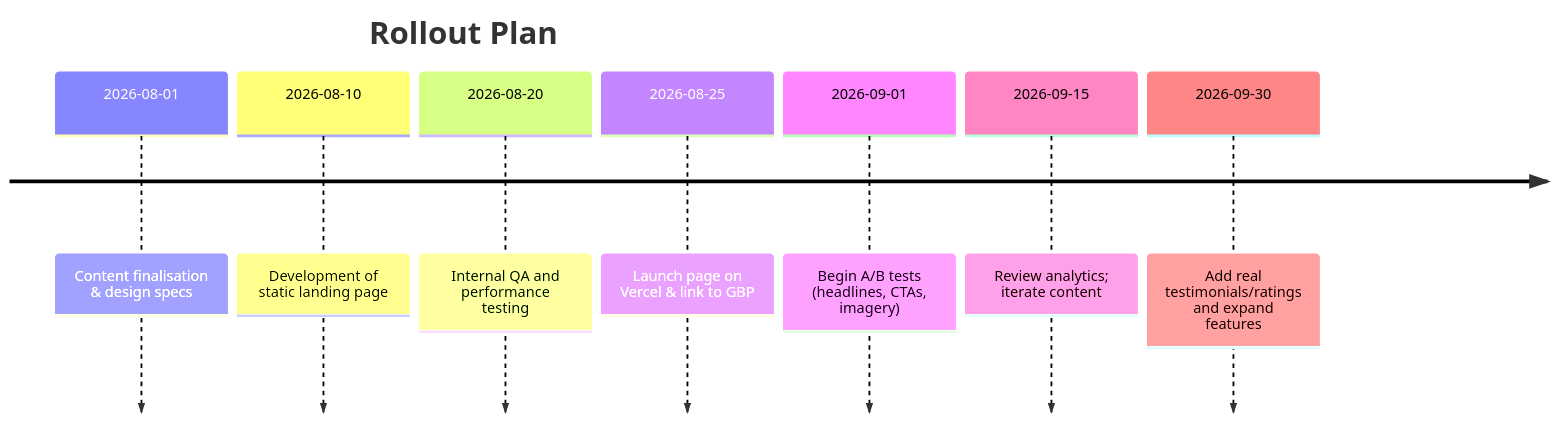
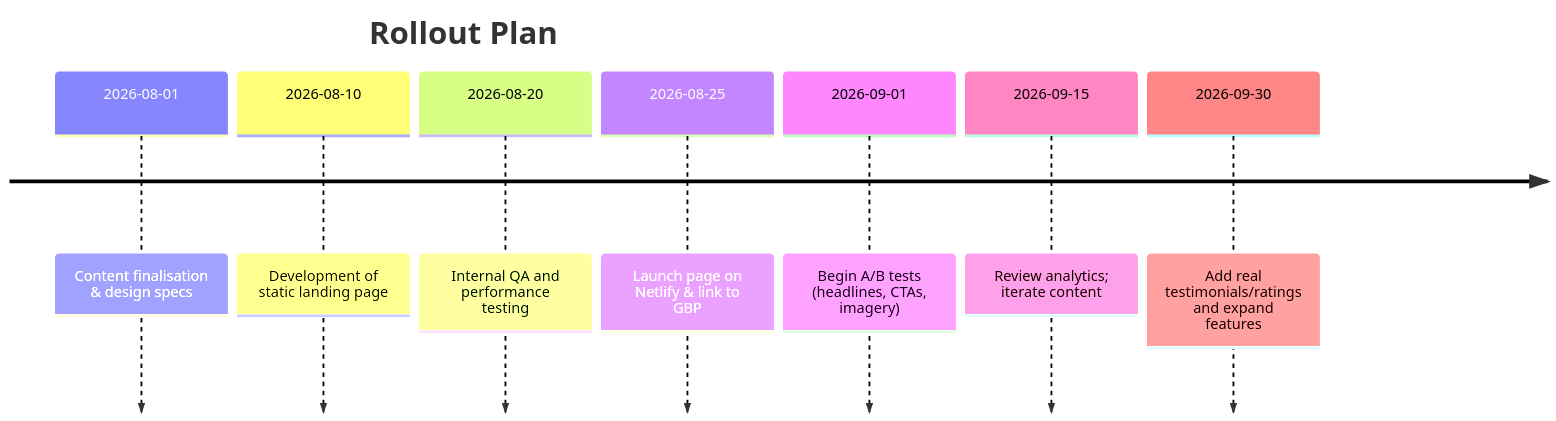
One commit to DeCodeEater/ai-gana-landing changed the second of 2 diagrams in User Experience Guide.md. Above: the diagram before and after it, drawn with Mermaid. The commit also changed 2 other files, not shown here.

Commit message:
Update documentation and add netlify.toml for Netlify deployment

````diff
--- a/User Experience Guide.md
+++ b/User Experience Guide.md
@@ -269,11 +269,11 @@
 ```mermaid
 timeline
     title Rollout Plan
     2026-08-01 : Content finalisation & design specs
     2026-08-10 : Development of static landing page
     2026-08-20 : Internal QA and performance testing
-    2026-08-25 : Launch page on Vercel & link to GBP
+    2026-08-25 : Launch page on Netlify & link to GBP
     2026-09-01 : Begin A/B tests (headlines, CTAs, imagery)
     2026-09-15 : Review analytics; iterate content
     2026-09-30 : Add real testimonials/ratings and expand features
 ```  
````
